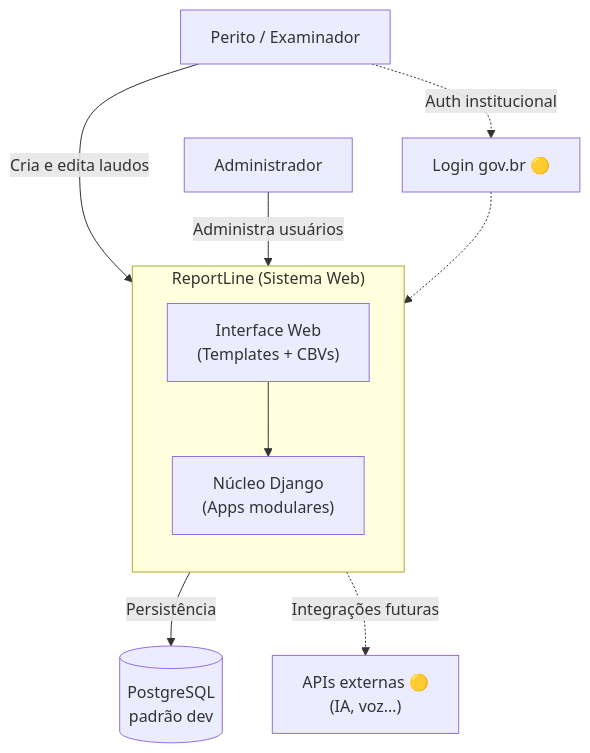
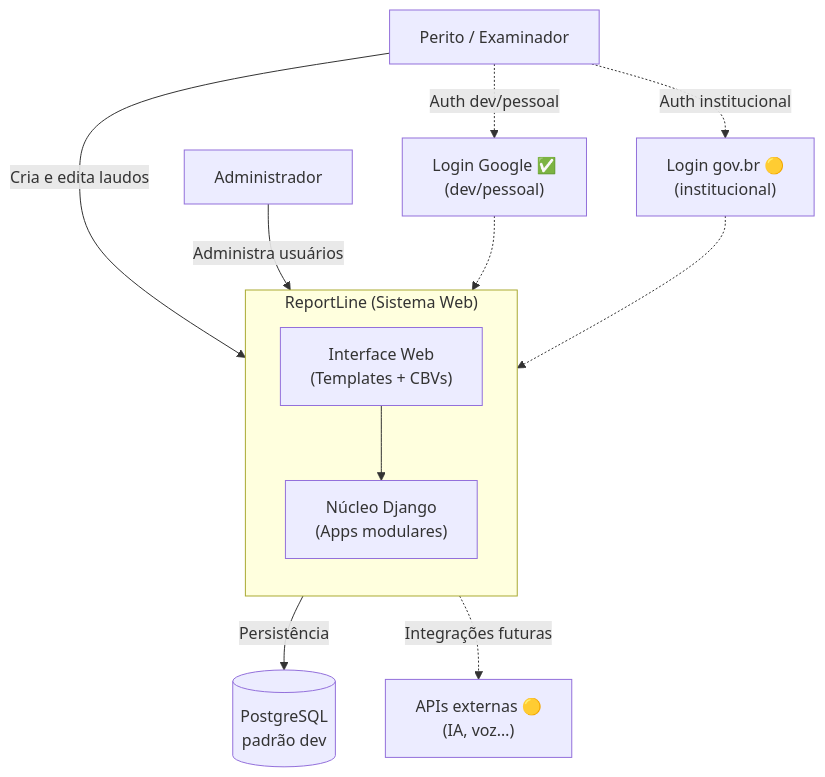
Before and after one commit to PeritoCriminal/reportline: the first of 2 diagrams in docs/architecture/01-context.md, drawn with Mermaid. The commit also changed other lines of this file and 31 other files, not shown here.

First line of the commit message:
feat(accounts): implementar autenticação em fases com login Google OAuth

````diff
--- a/docs/architecture/01-context.md
+++ b/docs/architecture/01-context.md
@@ -20,23 +20,26 @@
 ```mermaid
 flowchart TB
     perito["Perito / Examinador"]
     admin["Administrador"]
 
     subgraph reportline ["ReportLine (Sistema Web)"]
         direction TB
         web["Interface Web<br/>(Templates + CBVs)"]
         core["Núcleo Django<br/>(Apps modulares)"]
         web --> core
     end
 
     db[("PostgreSQL<br/>padrão dev")]
-    govbr["Login gov.br 🟡"]
+    google["Login Google ✅<br/>(dev/pessoal)"]
+    govbr["Login gov.br 🟡<br/>(institucional)"]
     apis["APIs externas 🟡<br/>(IA, voz…)"]
 
     perito -->|"Cria e edita laudos"| web
     admin -->|"Administra usuários"| web
     core -->|"Persistência"| db
+    perito -.->|"Auth dev/pessoal"| google
+    google -.-> core
     perito -.->|"Auth institucional"| govbr
     govbr -.-> core
     core -.->|"Integrações futuras"| apis
 ```
````
